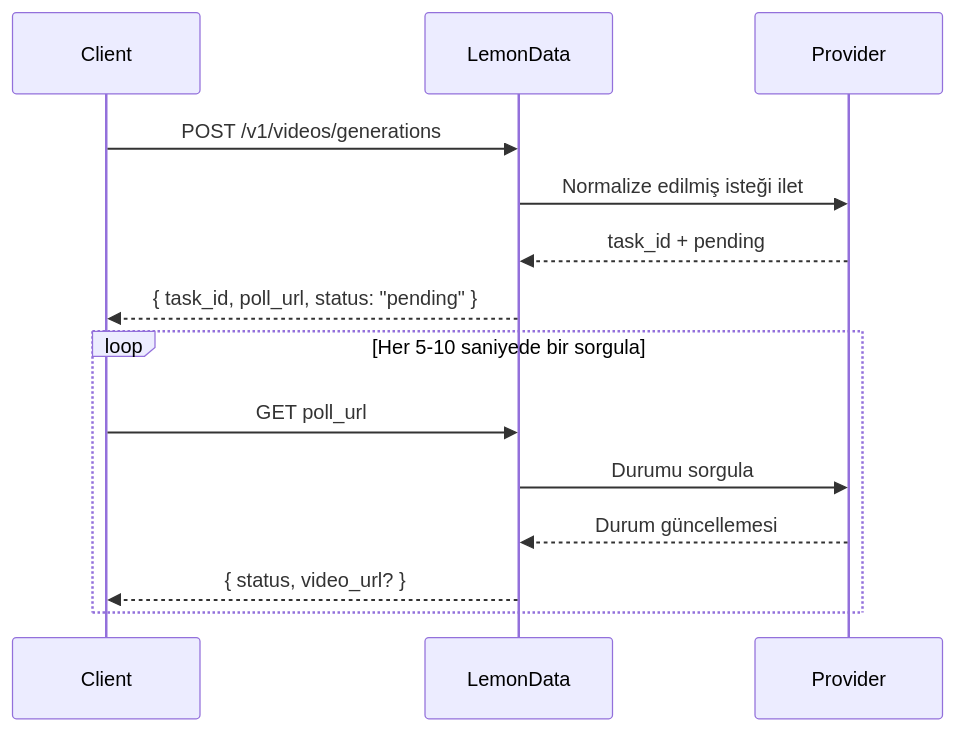
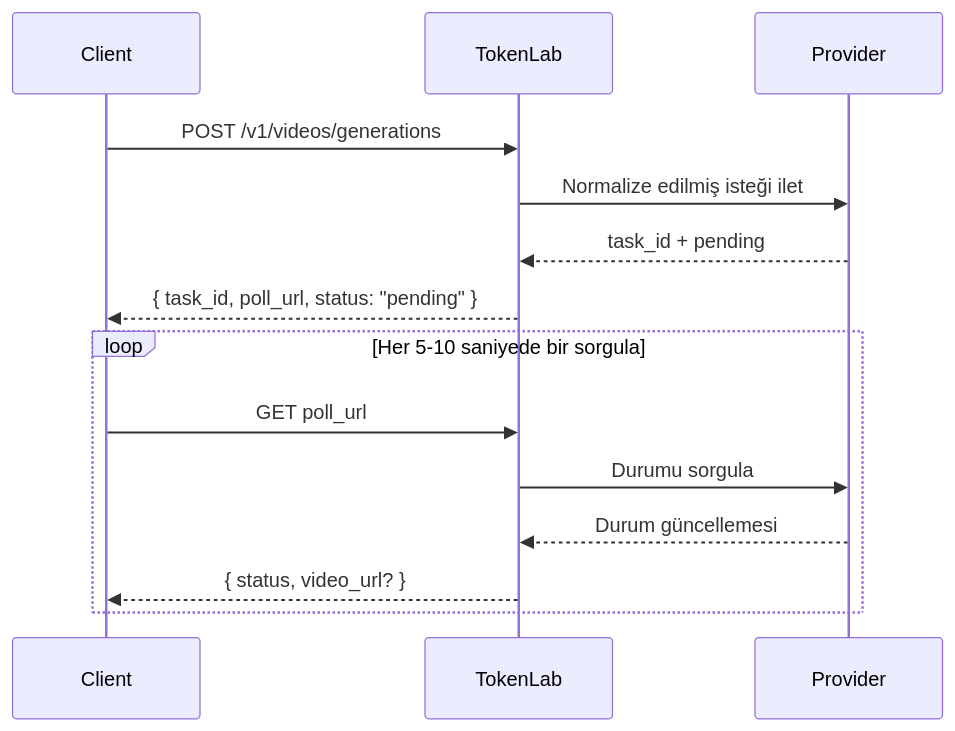
Before and after one commit to hedging8563/lemondata-docs: the diagram in tr/guides/video-generation.mdx, drawn with Mermaid. The commit also changed other lines of this file and 858 other files, not shown here.

````diff
--- a/tr/guides/video-generation.mdx
+++ b/tr/guides/video-generation.mdx
@@ -24,18 +24,18 @@
 ```mermaid
 sequenceDiagram
     participant Client
-    participant LemonData
+    participant TokenLab
     participant Provider
 
-    Client->>LemonData: POST /v1/videos/generations
-    LemonData->>Provider: Normalize edilmiş isteği ilet
-    Provider-->>LemonData: task_id + pending
-    LemonData-->>Client: { task_id, poll_url, status: "pending" }
+    Client->>TokenLab: POST /v1/videos/generations
+    TokenLab->>Provider: Normalize edilmiş isteği ilet
+    Provider-->>TokenLab: task_id + pending
+    TokenLab-->>Client: { task_id, poll_url, status: "pending" }
 
     loop Her 5-10 saniyede bir sorgula
-        Client->>LemonData: GET poll_url
-        LemonData->>Provider: Durumu sorgula
-        Provider-->>LemonData: Durum güncellemesi
-        LemonData-->>Client: { status, video_url? }
+        Client->>TokenLab: GET poll_url
+        TokenLab->>Provider: Durumu sorgula
+        Provider-->>TokenLab: Durum güncellemesi
+        TokenLab-->>Client: { status, video_url? }
     end
 ```
````
